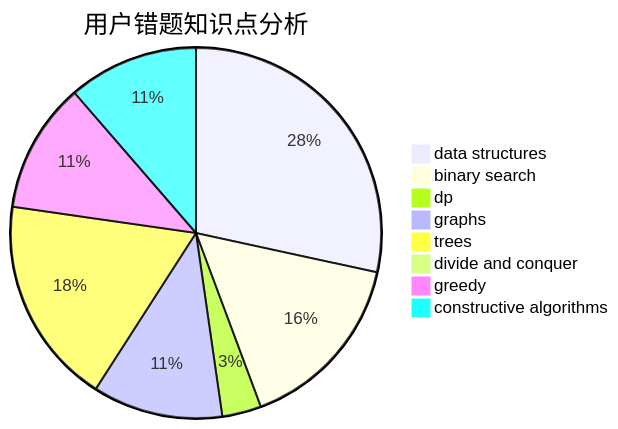
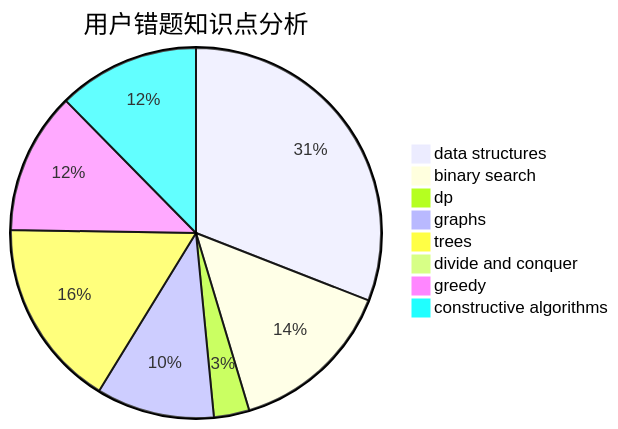
One commit to sherpahu/cfrs.github.io changed the third of 3 diagrams in docs/user/u2627.md. Above: the diagram before and after it, drawn with Mermaid. The commit also changed other lines of this file and 2770 other files, not shown here.

````diff
--- a/docs/user/u2627.md
+++ b/docs/user/u2627.md
@@ -36,11 +36,11 @@
 ```mermaid
 pie title 用户错题知识点分析
-    "data structures" :  25
+    "data structures" :  30
     "binary search" :  14
     "dp" :  3
     "graphs" :  10
     "trees" :  16
     "divide and conquer" :  0
-    "greedy" :  10
-    "constructive algorithms" :  10
+    "greedy" :  12
+    "constructive algorithms" :  12
 ```
````
